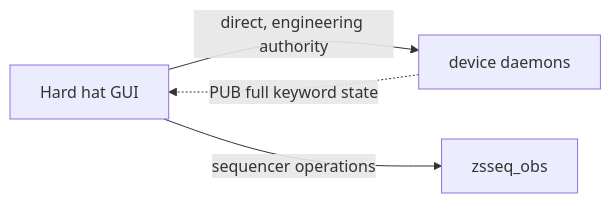
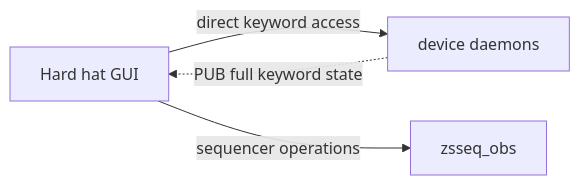
Before and after one commit to CaltechOpticalObservatories/zshooter: the diagram in docs/source/interfaces/hardhat-gui.rst, drawn with Mermaid. The commit also changed other lines of this file and 26 other files, not shown here.

Commit message:
Changes per architectural discussions (#2)

```diff
--- a/docs/source/interfaces/hardhat-gui.rst
+++ b/docs/source/interfaces/hardhat-gui.rst
@@ -23,6 +23,6 @@
 .. mermaid::
 
    flowchart LR
-       HH["Hard hat GUI"] -->|"direct, engineering authority"| D["device daemons"]
+       HH["Hard hat GUI"] -->|"direct keyword access"| D["device daemons"]
        HH -->|"sequencer operations"| SEQ["zsseq_obs"]
        D -.->|"PUB full keyword state"| HH
```
